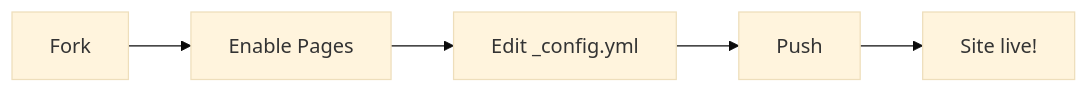
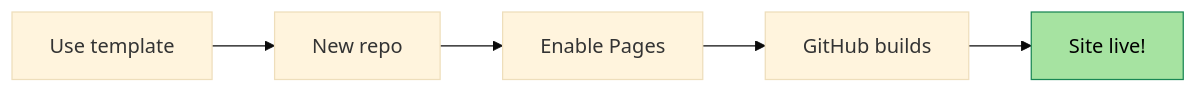
The diagram in _posts/2024-02-01-mastering-cirrus-part-1.md (Arnaud-Ferriere/Cirrus-for-Jekyll), drawn with Mermaid (base theme) before and after one commit. The commit also changed other lines of this file and 4 other files, not shown here.

````diff
--- a/_posts/2024-02-01-mastering-cirrus-part-1.md
+++ b/_posts/2024-02-01-mastering-cirrus-part-1.md
@@ -30,7 +50,8 @@
 ```mermaid
 flowchart LR
-    A[Fork] --> B[Enable Pages]
-    B --> C[Edit _config.yml]
-    C --> D[Push]
+    A[Use template] --> B[New repo]
+    B --> C[Enable Pages]
+    C --> D[GitHub builds]
     D --> E[Site live!]
+    style E fill:#a6e3a1,stroke:#198754,color:#000
 ```
````
